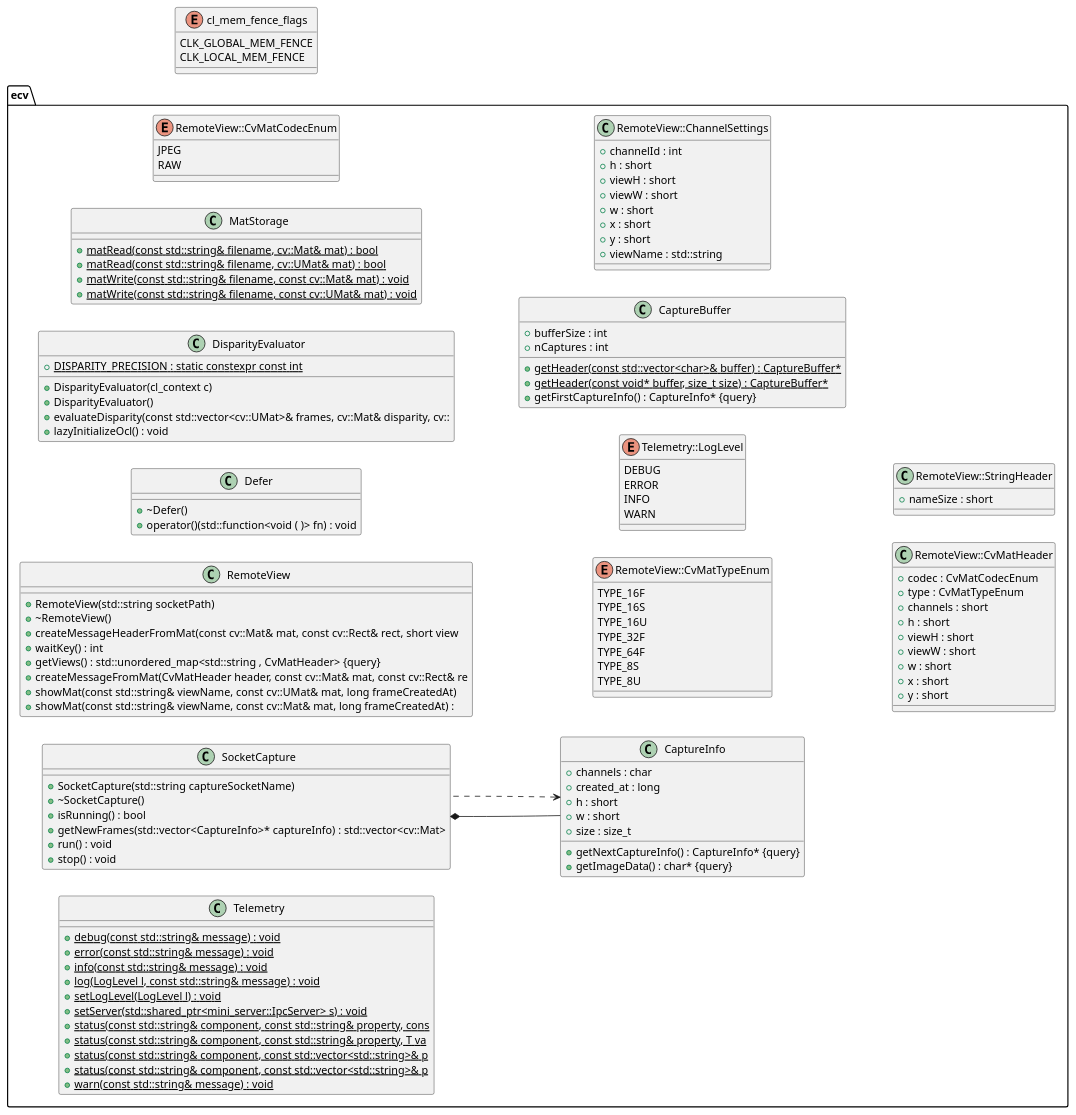
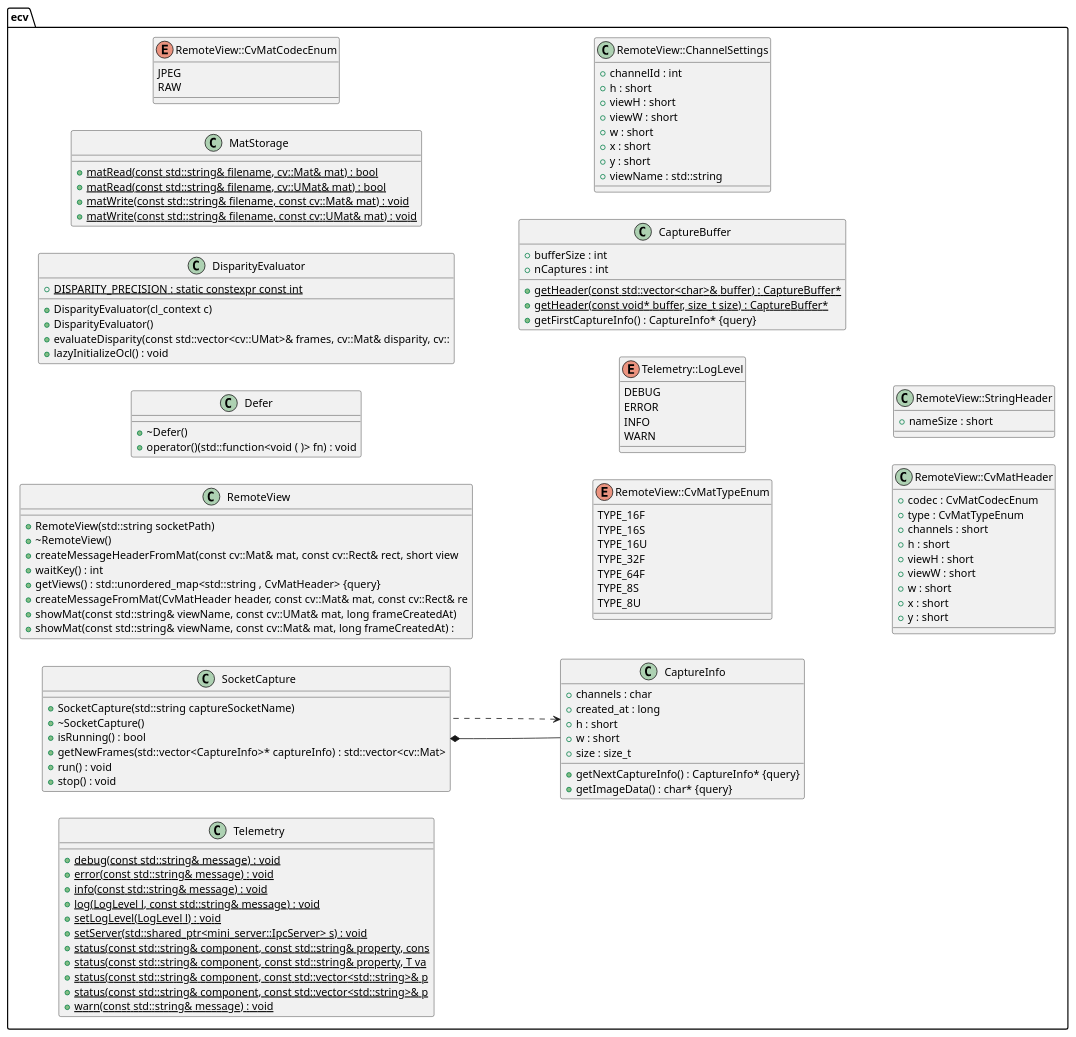
The diagram in classes_main.puml (dimarick/embedded_cv), drawn with PlantUML before and after one commit. The commit also changed 1 other file, not shown here.

```diff
--- a/classes_main.puml
+++ b/classes_main.puml
@@ -1,129 +1,125 @@
 @startuml
 left to right direction
-/' Objects '/
-enum cl_mem_fence_flags {
-	CLK_GLOBAL_MEM_FENCE
-	CLK_LOCAL_MEM_FENCE
-}
+
 namespace ecv {
 	class Defer {
 		+~Defer()
 		+operator()(std::function<void ( )> fn) : void
 	}
 	class DisparityEvaluator {
 		+DisparityEvaluator(cl_context c)
 		+DisparityEvaluator()
 		+{static} DISPARITY_PRECISION : static constexpr const int
 		+evaluateDisparity(const std::vector<cv::UMat>& frames, cv::Mat& disparity, cv::
 		+lazyInitializeOcl() : void
 	}
 	class MatStorage {
 		+{static} matRead(const std::string& filename, cv::Mat& mat) : bool
 		+{static} matRead(const std::string& filename, cv::UMat& mat) : bool
 		+{static} matWrite(const std::string& filename, const cv::Mat& mat) : void
 		+{static} matWrite(const std::string& filename, const cv::UMat& mat) : void
 	}
 	class RemoteView {
 		+RemoteView(std::string socketPath)
 		+~RemoteView()
 		+createMessageHeaderFromMat(const cv::Mat& mat, const cv::Rect& rect, short view
 		+waitKey() : int
 		+getViews() : std::unordered_map<std::string , CvMatHeader> {query}
 		+createMessageFromMat(CvMatHeader header, const cv::Mat& mat, const cv::Rect& re
 		+showMat(const std::string& viewName, const cv::UMat& mat, long frameCreatedAt) 
 		+showMat(const std::string& viewName, const cv::Mat& mat, long frameCreatedAt) :
 	}
 	class SocketCapture {
 		+SocketCapture(std::string captureSocketName)
 		+~SocketCapture()
 		+isRunning() : bool
 		+getNewFrames(std::vector<CaptureInfo>* captureInfo) : std::vector<cv::Mat>
 		+run() : void
 		+stop() : void
 	}
 	class Telemetry {
 		+{static} debug(const std::string& message) : void
 		+{static} error(const std::string& message) : void
 		+{static} info(const std::string& message) : void
 		+{static} log(LogLevel l, const std::string& message) : void
 		+{static} setLogLevel(LogLevel l) : void
 		+{static} setServer(std::shared_ptr<mini_server::IpcServer> s) : void
 		+{static} status(const std::string& component, const std::string& property, cons
 		+{static} status(const std::string& component, const std::string& property, T va
 		+{static} status(const std::string& component, const std::vector<std::string>& p
 		+{static} status(const std::string& component, const std::vector<std::string>& p
 		+{static} warn(const std::string& message) : void
 	}
 	enum RemoteView::CvMatCodecEnum {
 		JPEG
 		RAW
 	}
 	enum RemoteView::CvMatTypeEnum {
 		TYPE_16F
 		TYPE_16S
 		TYPE_16U
 		TYPE_32F
 		TYPE_64F
 		TYPE_8S
 		TYPE_8U
 	}
 	enum Telemetry::LogLevel {
 		DEBUG
 		ERROR
 		INFO
 		WARN
 	}
 	class CaptureBuffer {
 		+{static} getHeader(const std::vector<char>& buffer) : CaptureBuffer*
 		+{static} getHeader(const void* buffer, size_t size) : CaptureBuffer*
 		+getFirstCaptureInfo() : CaptureInfo* {query}
 		+bufferSize : int
 		+nCaptures : int
 	}
 	class CaptureInfo {
 		+getNextCaptureInfo() : CaptureInfo* {query}
 		+channels : char
 		+getImageData() : char* {query}
 		+created_at : long
 		+h : short
 		+w : short
 		+size : size_t
 	}
 	class RemoteView::ChannelSettings {
 		+channelId : int
 		+h : short
 		+viewH : short
 		+viewW : short
 		+w : short
 		+x : short
 		+y : short
 		+viewName : std::string
 	}
 	class RemoteView::CvMatHeader {
 		+codec : CvMatCodecEnum
 		+type : CvMatTypeEnum
 		+channels : short
 		+h : short
 		+viewH : short
 		+viewW : short
 		+w : short
 		+x : short
 		+y : short
 	}
 	class RemoteView::StringHeader {
 		+nameSize : short
 	}
 }
 /' Inheritance relationships '/
 /' Aggregation relationships '/
 ecv.SocketCapture *-- ecv.CaptureInfo
 /' Dependency relationships '/
 ecv.CaptureInfo <.. ecv.SocketCapture
 /' Nested objects '/
 ecv.RemoteView +-- ecv.RemoteView.ChannelSettings
 ecv.RemoteView +-- ecv.RemoteView.CvMatCodecEnum
 ecv.RemoteView +-- ecv.RemoteView.CvMatHeader
 ecv.RemoteView +-- ecv.RemoteView.CvMatTypeEnum
 ecv.RemoteView +-- ecv.RemoteView.StringHeader
 ecv.Telemetry +-- ecv.Telemetry.LogLevel
 @enduml
```
